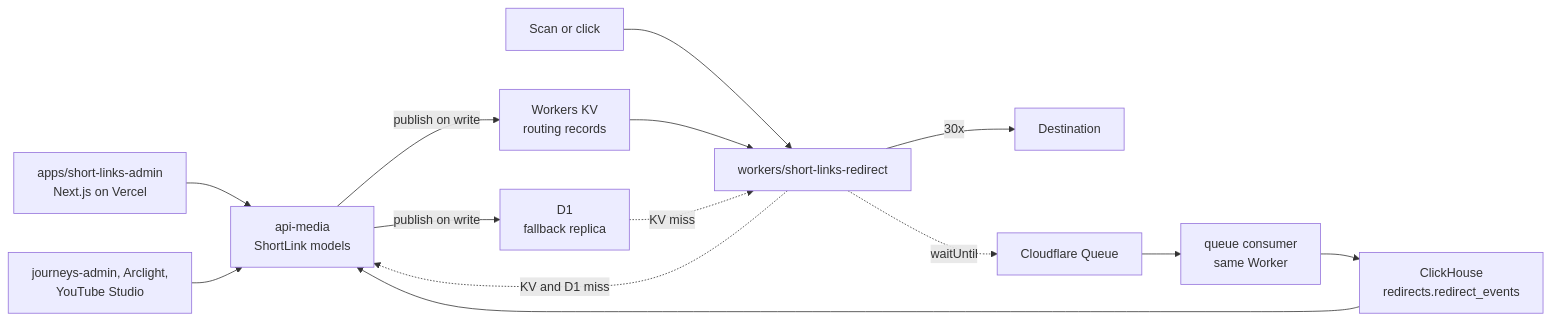
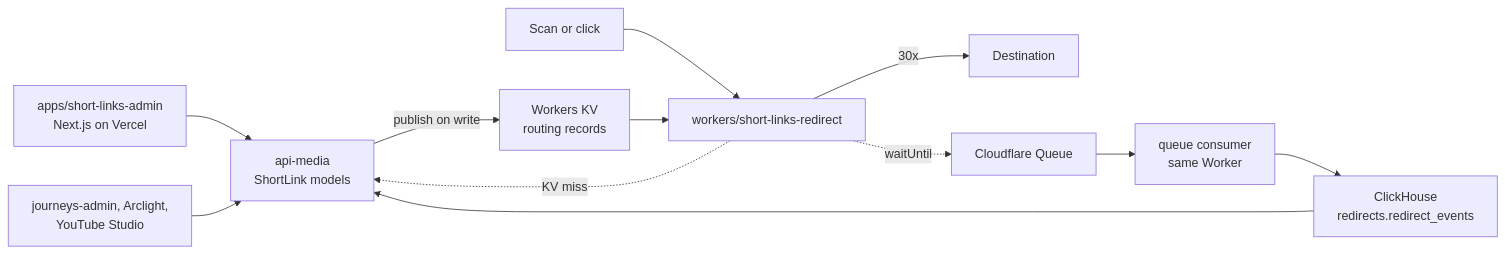
Before and after one commit to JesusFilm/core: the diagram in prds/short-links/TECH-DESIGN.md, drawn with Mermaid. The commit also changed other lines of this file and 41 other files, not shown here.

First line of the commit message:
refactor(short-links): drop the D1 replica, fall back to api-media for domain settings

````diff
--- a/prds/short-links/TECH-DESIGN.md
+++ b/prds/short-links/TECH-DESIGN.md
@@ -15,16 +15,14 @@
 ```mermaid
 flowchart LR
   ADMIN[apps/short-links-admin<br/>Next.js on Vercel] --> API[api-media<br/>ShortLink models]
   JA[journeys-admin, Arclight,<br/>YouTube Studio] --> API
   API -->|publish on write| KV[Workers KV<br/>routing records]
-  API -->|publish on write| D1[D1<br/>fallback replica]
   V[Scan or click] --> W[workers/short-links-redirect]
   KV --> W
-  D1 -.->|KV miss| W
-  W -.->|KV and D1 miss| API
+  W -.->|KV miss| API
   W -->|30x| DEST[Destination]
   W -.->|waitUntil| Q[Cloudflare Queue]
   Q --> C[queue consumer<br/>same Worker]
   C --> CH[ClickHouse<br/>redirects.redirect_events]
   CH --> API
 ```
````
